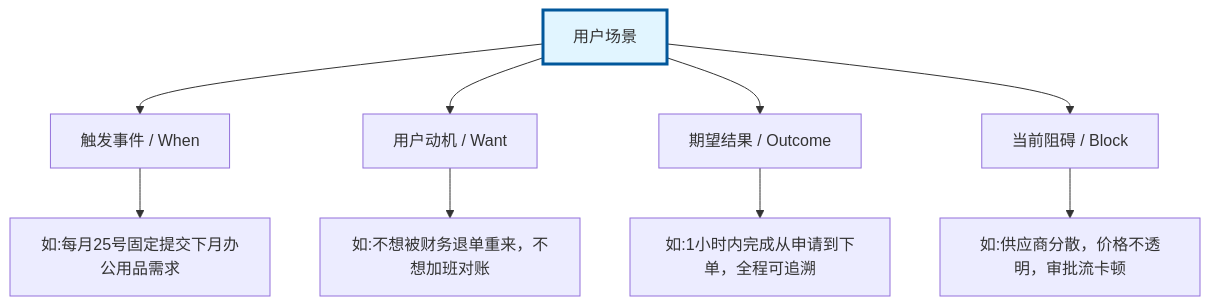
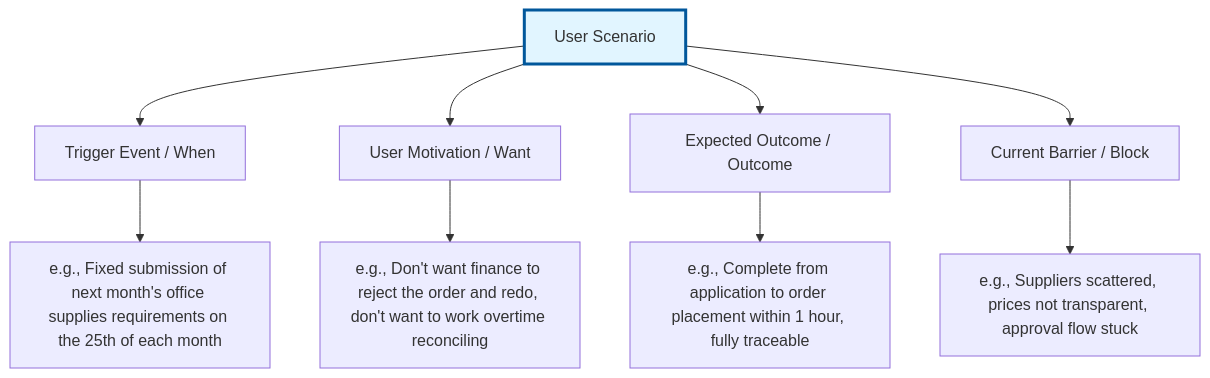
Before and after one commit to Kirky-X/cangjie: the fourth of 17 diagrams in templates/产品/战略层/【模板】市场需求文档.md, drawn with Mermaid. The commit also changed other lines of this file and 60 other files, not shown here.

````diff
--- a/templates/产品/战略层/【模板】市场需求文档.md
+++ b/templates/产品/战略层/【模板】市场需求文档.md
@@ -207,14 +183,14 @@
 ```mermaid
 graph TD
-    A[用户场景] --> B[触发事件 / When]
-    A --> C[用户动机 / Want]
-    A --> D[期望结果 / Outcome]
-    A --> E[当前阻碍 / Block]
+    A[User Scenario] --> B[Trigger Event / When]
+    A --> C[User Motivation / Want]
+    A --> D[Expected Outcome / Outcome]
+    A --> E[Current Barrier / Block]
 
-    B --> B1[如:每月25号固定提交下月办公用品需求]
-    C --> C1[如:不想被财务退单重来，不想加班对账]
-    D --> D1[如:1小时内完成从申请到下单，全程可追溯]
-    E --> E1[如:供应商分散，价格不透明，审批流卡顿]
+    B --> B1[e.g., Fixed submission of next month's office supplies requirements on the 25th of each month]
+    C --> C1[e.g., Don't want finance to reject the order and redo, don't want to work overtime reconciling]
+    D --> D1[e.g., Complete from application to order placement within 1 hour, fully traceable]
+    E --> E1[e.g., Suppliers scattered, prices not transparent, approval flow stuck]
 
     style A fill:#e1f5ff,stroke:#01579b,stroke-width:3px
 ```
````
